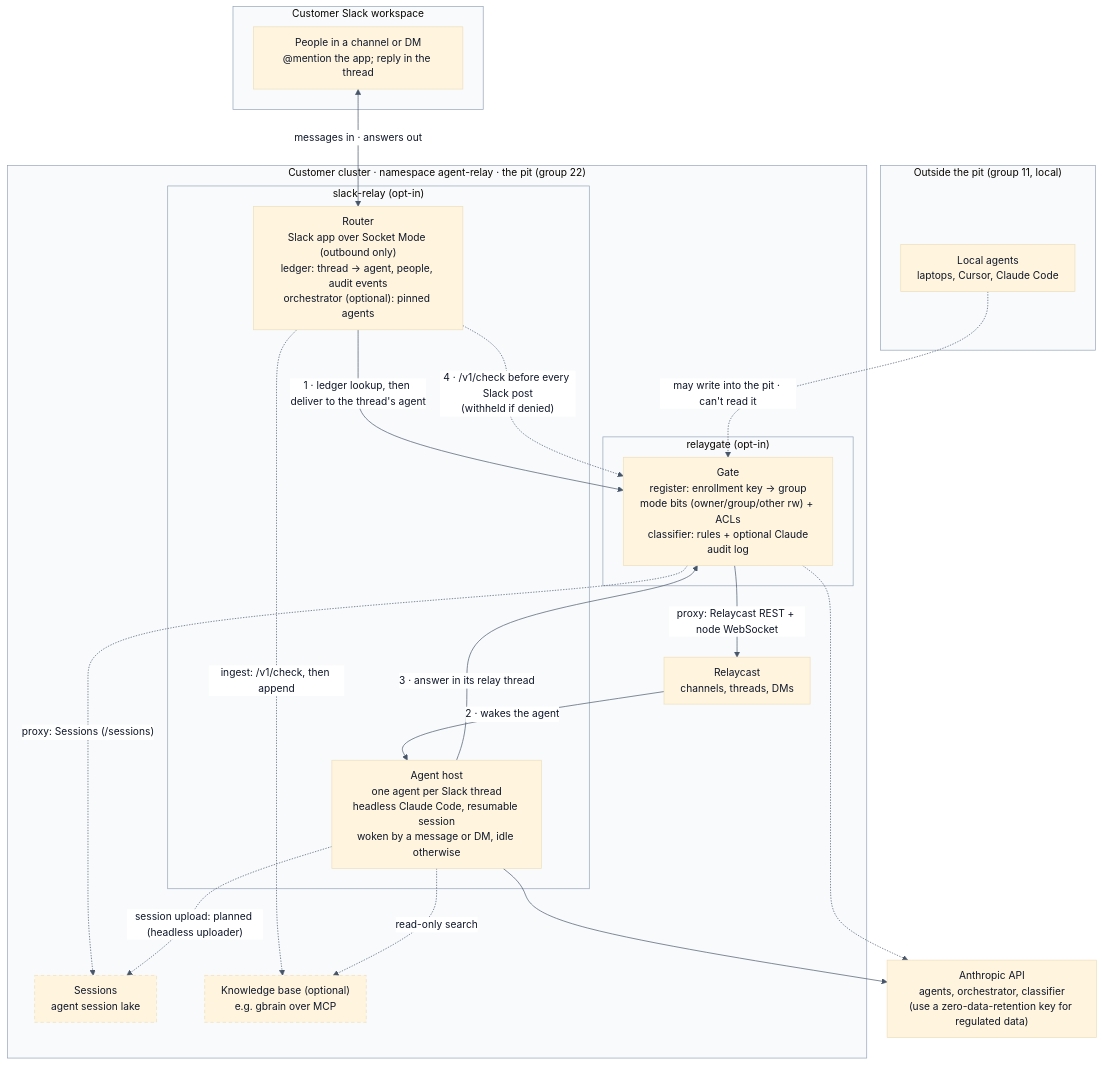
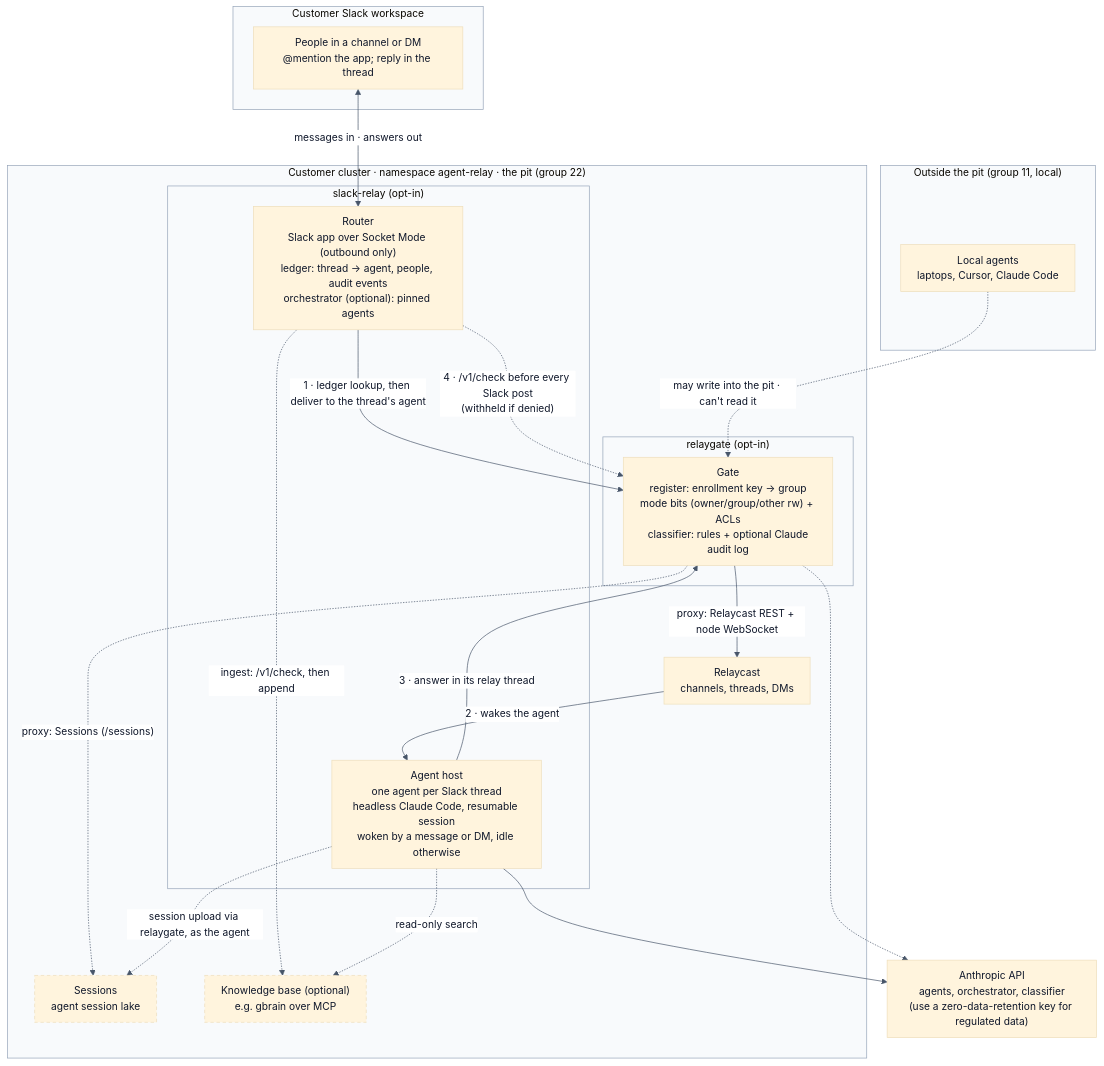
One commit to AgentWorkforce/infra changed the diagram in docs/diagrams/slack-relay-relaygate.mmd. Above: the diagram before and after it, drawn with Mermaid. The commit also changed 11 other files, not shown here.

First line of the commit message:
feat(slack-relay): upload each agent's Claude session to Sessions through relaygate, as the agent

```diff
--- a/docs/diagrams/slack-relay-relaygate.mmd
+++ b/docs/diagrams/slack-relay-relaygate.mmd
@@ -1,48 +1,48 @@
 %% Slack app (charts/slack-relay) and the relaygate governance gate (charts/relaygate), both opt-in.
 %% Source of truth for slack-relay-relaygate.svg / .png. Render with
 %% @mermaid-js/mermaid-cli 11.4.2: mmdc -i slack-relay-relaygate.mmd -o slack-relay-relaygate.svg -b white
 %% and the same with -o slack-relay-relaygate.png -s 2.
 %% Solid edges: what happens for every Slack message. Dashed: checks, optional and planned paths.
 %%{init: {"theme": "base", "themeVariables": {"fontSize": "15px", "clusterBkg": "#f8fafc", "clusterBorder": "#94a3b8", "lineColor": "#475569", "primaryTextColor": "#0f172a", "edgeLabelBackground": "#ffffff"}, "flowchart": {"curve": "basis", "nodeSpacing": 40, "rankSpacing": 60, "padding": 12, "wrappingWidth": 260}}}%%
 flowchart TB
   subgraph SLACK["Customer Slack workspace"]
     people["People in a channel or DM<br/>@mention the app; reply in the thread"]
   end
 
   subgraph OUT["Outside the pit (group 11, local)"]
     local["Local agents<br/>laptops, Cursor, Claude Code"]
   end
 
   subgraph NS["Customer cluster · namespace agent-relay · the pit (group 22)"]
     subgraph SR["slack-relay (opt-in)"]
       router["Router<br/>Slack app over Socket Mode (outbound only)<br/>ledger: thread → agent, people, audit events<br/>orchestrator (optional): pinned agents"]
       host["Agent host<br/>one agent per Slack thread<br/>headless Claude Code, resumable session<br/>woken by a message or DM, idle otherwise"]
     end
 
     subgraph RG["relaygate (opt-in)"]
       gate["Gate<br/>register: enrollment key → group<br/>mode bits (owner/group/other rw) + ACLs<br/>classifier: rules + optional Claude<br/>audit log"]
     end
 
     cast["Relaycast<br/>channels, threads, DMs"]
     sessions["Sessions<br/>agent session lake"]
     kb["Knowledge base (optional)<br/>e.g. gbrain over MCP"]
   end
 
   anthropic["Anthropic API<br/>agents, orchestrator, classifier<br/>(use a zero-data-retention key for regulated data)"]
 
   people <-->|"messages in · answers out"| router
   router -->|"1 · ledger lookup, then deliver to the thread's agent"| gate
   gate -->|"proxy: Relaycast REST + node WebSocket"| cast
   gate -.->|"proxy: Sessions (/sessions)"| sessions
   cast -->|"2 · wakes the agent"| host
   host -->|"3 · answer in its relay thread"| gate
   router -.->|"4 · /v1/check before every Slack post<br/>(withheld if denied)"| gate
   router -.->|"ingest: /v1/check, then append"| kb
   host -.->|"read-only search"| kb
-  host -.->|"session upload: planned (headless uploader)"| sessions
+  host -.->|"session upload via relaygate, as the agent"| sessions
   local -.->|"may write into the pit · can't read it"| gate
   host --> anthropic
   gate -.-> anthropic
 
   classDef optional stroke-dasharray: 5 4
   class kb,sessions optional
```
